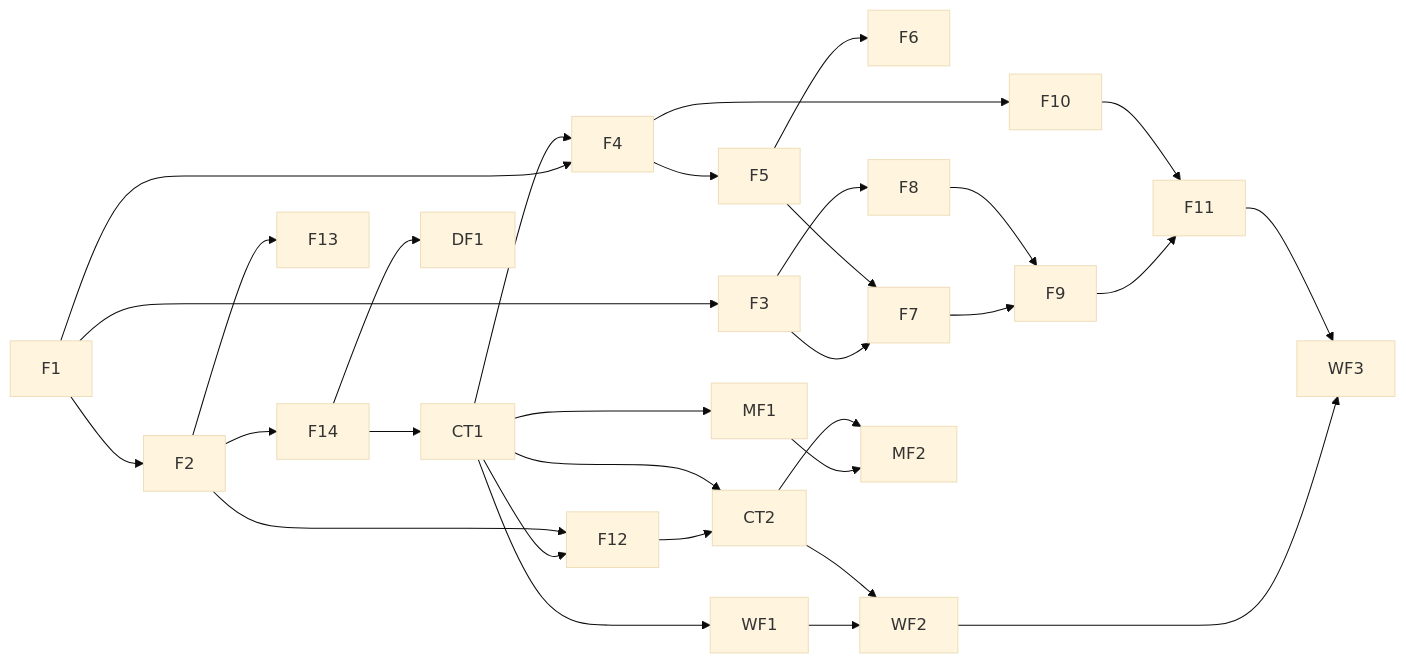
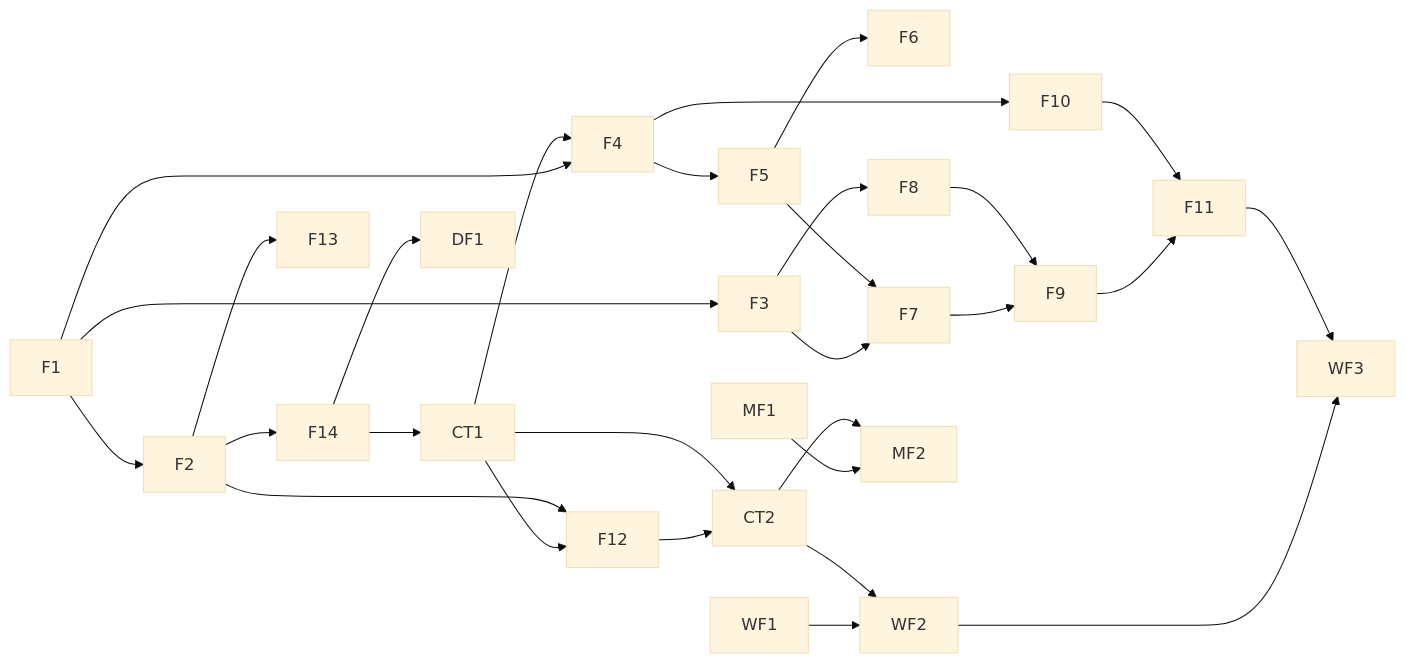
The third of 3 diagrams in docs/specs/epic-11/spec.md (huynguyennang-agilityio/tripmate-docs), drawn with Mermaid (base theme) before and after one commit. The commit also changed other lines of this file and 4 other files, not shown here.

First line of the commit message:
Three machines and parallel cards: EPIC-11 spec v1.5, development-flow v1.8

````diff
--- a/docs/specs/epic-11/spec.md
+++ b/docs/specs/epic-11/spec.md
@@ -400,27 +416,27 @@
 ```mermaid
 flowchart LR
     F1 --> F2 --> F14
     F2 --> F13
     F14 --> CT1
     F14 --> DF1
     F1 --> F3
     F1 --> F4 --> F5 --> F6
     F3 --> F7
     F5 --> F7
     F3 --> F8
     F7 --> F9
     F8 --> F9
     F4 --> F10
     F9 --> F11
     F10 --> F11
     CT1 --> F4
     CT1 --> F12
     F2 --> F12 --> CT2
     CT1 --> CT2
-    CT1 --> WF1 --> WF2
+    WF1 --> WF2
     CT2 --> WF2
     WF2 --> WF3
     F11 --> WF3
-    CT1 --> MF1 --> MF2
+    MF1 --> MF2
     CT2 --> MF2
 ```
````
